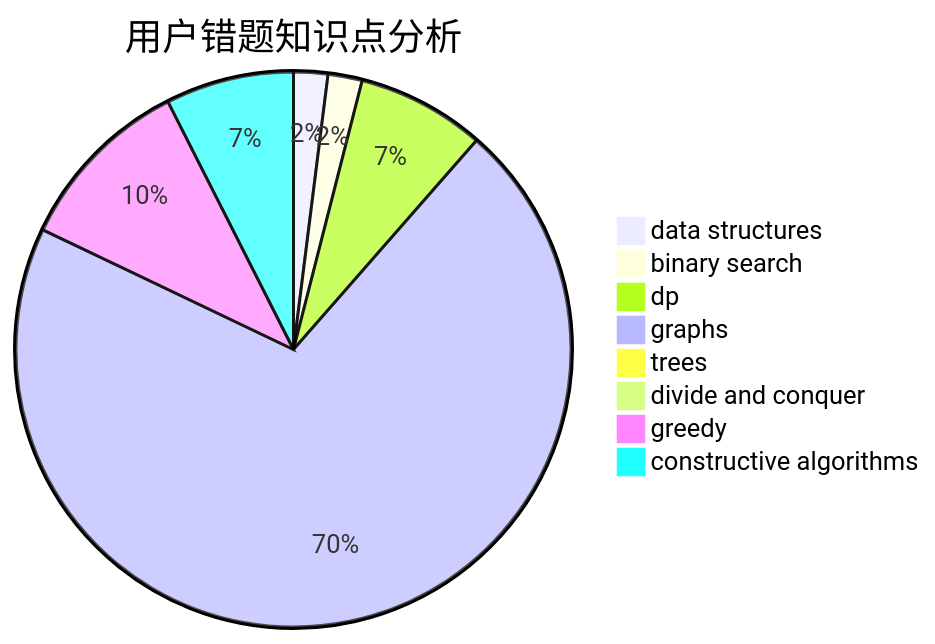
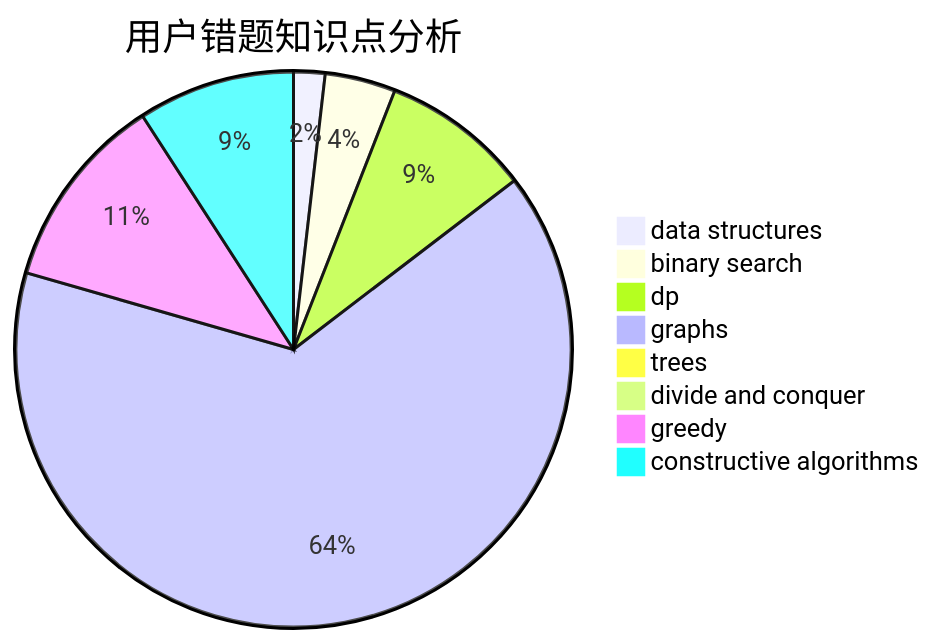
The third of 3 diagrams in docs/user/u2329.md (sherpahu/cfrs.github.io), drawn with Mermaid before and after one commit. The commit also changed other lines of this file and 2770 other files, not shown here.

````diff
--- a/docs/user/u2329.md
+++ b/docs/user/u2329.md
@@ -36,11 +36,11 @@
 ```mermaid
 pie title 用户错题知识点分析
     "data structures" :  4
-    "binary search" :  4
-    "dp" :  15
+    "binary search" :  9
+    "dp" :  19
     "graphs" :  142
     "trees" :  2
     "divide and conquer" :  1
-    "greedy" :  21
-    "constructive algorithms" :  15
+    "greedy" :  25
+    "constructive algorithms" :  20
 ```
````
